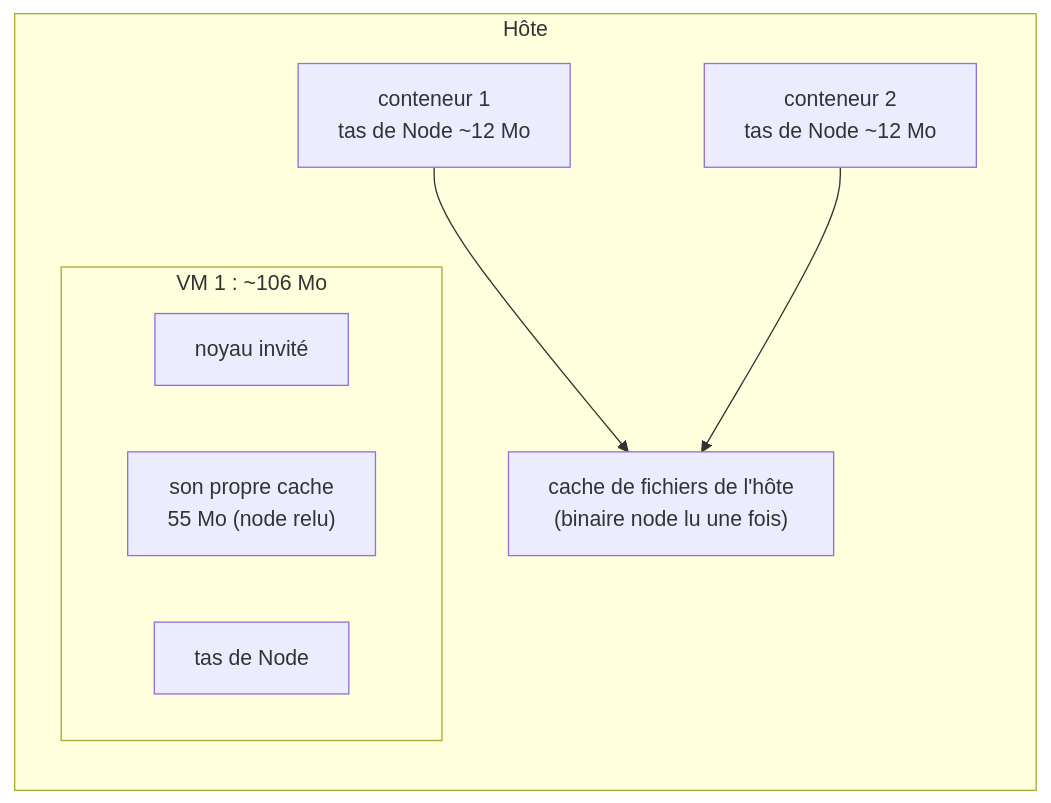
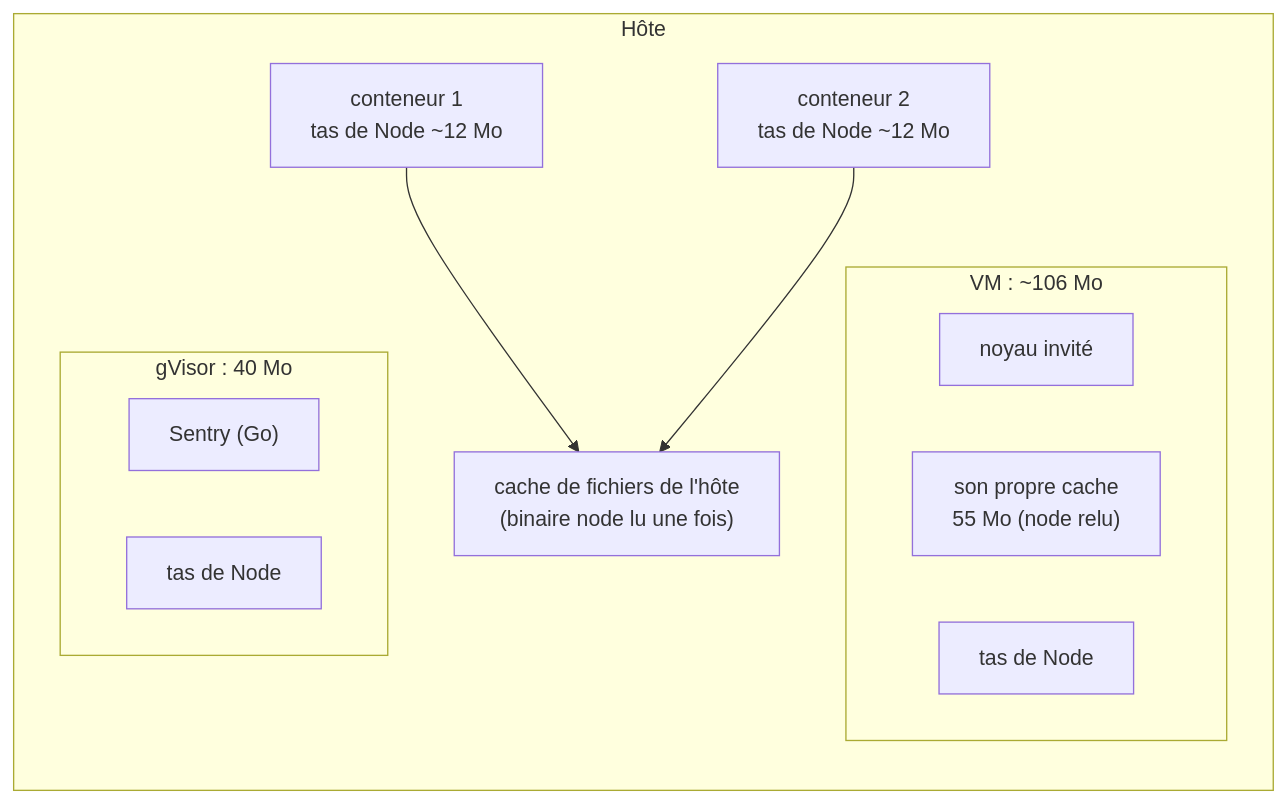
Before and after one commit to CrazzyBuilds/spectre-isolation: the fifth of 5 diagrams in FICHE.md, drawn with Mermaid. The commit also changed other lines of this file and 3 other files, not shown here.

````diff
--- a/FICHE.md
+++ b/FICHE.md
@@ -165,13 +241,17 @@
 ```mermaid
 flowchart LR
     subgraph HOTE["Hôte"]
         CACHE["cache de fichiers de l'hôte<br/>(binaire node lu une fois)"]
         C1["conteneur 1<br/>tas de Node ~12 Mo"] --> CACHE
         C2["conteneur 2<br/>tas de Node ~12 Mo"] --> CACHE
-        subgraph VM1["VM 1 : ~106 Mo"]
+        subgraph VM1["VM : ~106 Mo"]
             K1["noyau invité"]
             CA1["son propre cache<br/>55 Mo (node relu)"]
             N1["tas de Node"]
         end
+        subgraph GV1["gVisor : 40 Mo"]
+            SE["Sentry (Go)"]
+            N2["tas de Node"]
+        end
     end
 ```
````
